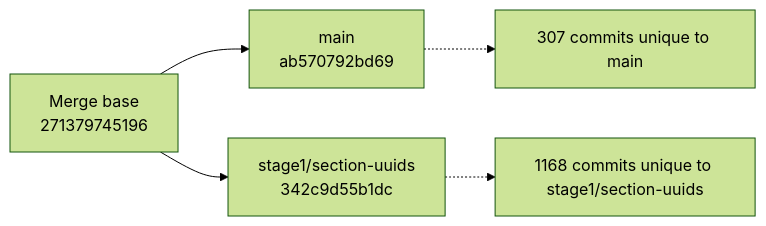
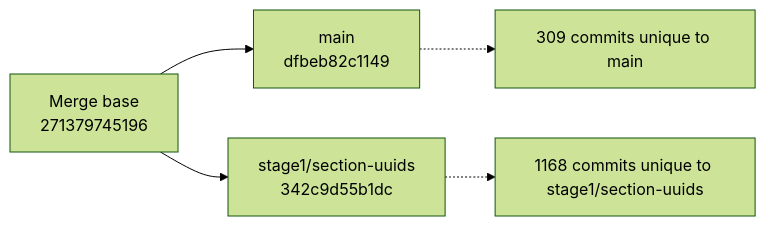
The diagram in branch-graphify-results/latest/git-lineage.mmd (snoopdock/Finite_element_analysis_project), drawn with Mermaid (forest theme) before and after one commit. The commit also changed 8 other files, not shown here.

Commit message:
Update Graphify branch analysis [skip ci]

```diff
--- a/branch-graphify-results/latest/git-lineage.mmd
+++ b/branch-graphify-results/latest/git-lineage.mmd
@@ -1,10 +1,10 @@
 flowchart LR
   MB["Merge base<br/>271379745196"]
-  B["main<br/>ab570792bd69"]
+  B["main<br/>dfbeb82c1149"]
   C["stage1/section-uuids<br/>342c9d55b1dc"]
   MB --> B
   MB --> C
-  B_note["307 commits unique to main"]
+  B_note["309 commits unique to main"]
   C_note["1168 commits unique to stage1/section-uuids"]
   B -.-> B_note
   C -.-> C_note
```
